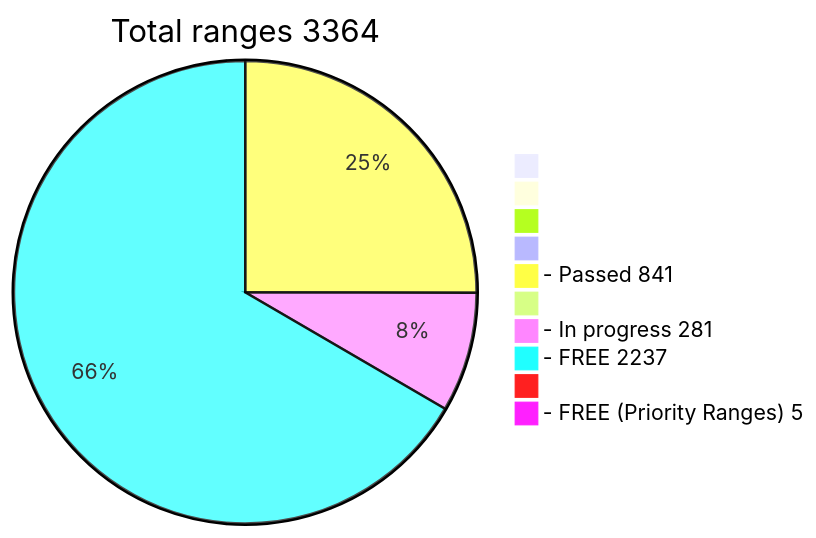
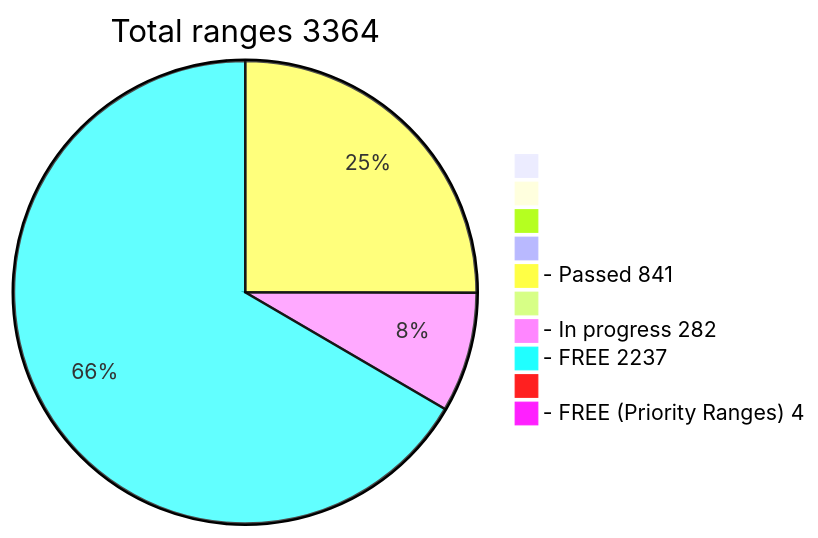
One commit to phrutis/wif500 changed the diagram in README.md. Above: the diagram before and after it, drawn with Mermaid.

````diff
--- a/README.md
+++ b/README.md
@@ -16,13 +16,13 @@
 ```mermaid
 pie title Total ranges 3364
              " " : 0
             "  " : 0
            "   " : 0
           "    " : 0
   "- Passed 841" : 841
          "     " : 0
-  "- In progress 281" : 281
+  "- In progress 282" : 282
    "- FREE 2237" : 2237
         "      " : 0
-  "- FREE (Priority Ranges) 5" : 5
+  "- FREE (Priority Ranges) 4" : 4
 ```
````
